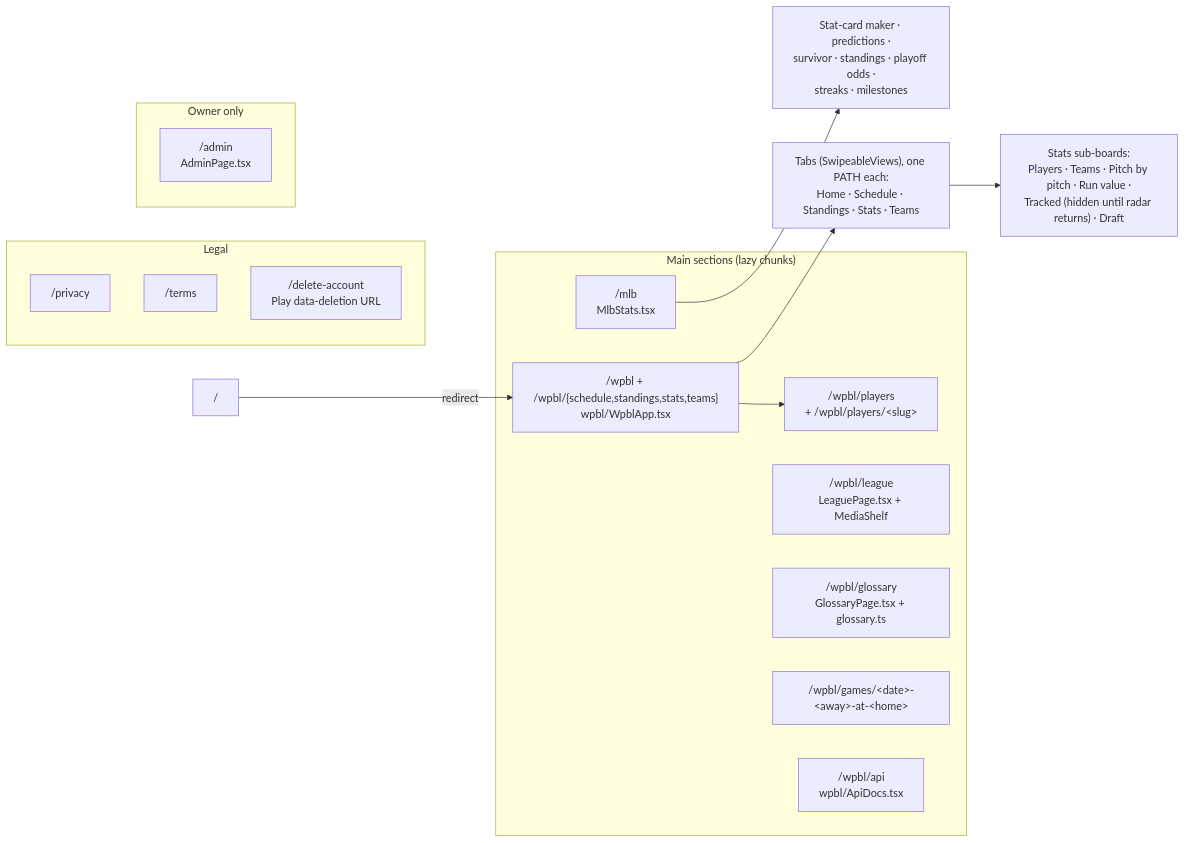
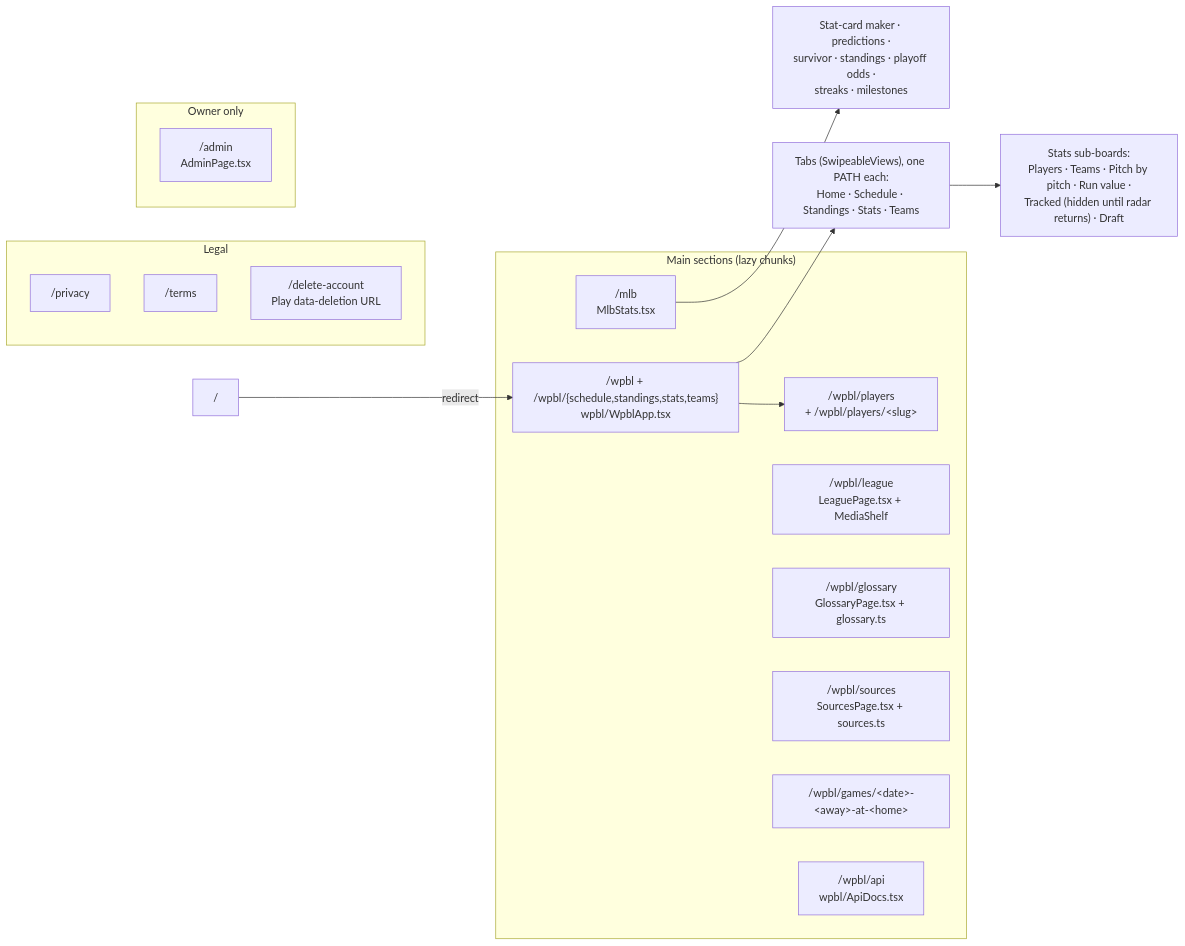
Before and after one commit to sportydolphin/fun: the second of 5 diagrams in ARCHITECTURE.md, drawn with Mermaid. The commit also changed other lines of this file and 28 other files, not shown here.

````diff
--- a/ARCHITECTURE.md
+++ b/ARCHITECTURE.md
@@ -98,28 +98,29 @@
 ```mermaid
 flowchart LR
     subgraph Main["Main sections (lazy chunks)"]
         mlb["/mlb<br/>MlbStats.tsx"]
         wpbl["/wpbl + /wpbl/{schedule,standings,stats,teams}<br/>wpbl/WpblApp.tsx"]
         wplayers["/wpbl/players<br/>+ /wpbl/players/&lt;slug&gt;"]
         wleague["/wpbl/league<br/>LeaguePage.tsx + MediaShelf"]
         wgloss["/wpbl/glossary<br/>GlossaryPage.tsx + glossary.ts"]
+        wsrc["/wpbl/sources<br/>SourcesPage.tsx + sources.ts"]
         wgames["/wpbl/games/&lt;date&gt;-&lt;away&gt;-at-&lt;home&gt;"]
         api["/wpbl/api<br/>wpbl/ApiDocs.tsx"]
     end
 
     subgraph Legal["Legal"]
         priv["/privacy"]
         terms["/terms"]
         del["/delete-account<br/>Play data-deletion URL"]
     end
 
     subgraph Owner["Owner only"]
         adm["/admin<br/>AdminPage.tsx"]
     end
 
     root["/"] -->|redirect| wpbl
     wpbl --> wtabs["Tabs (SwipeableViews), one PATH each:<br/>Home · Schedule · Standings · Stats · Teams"]
     wtabs --> wstats["Stats sub-boards:<br/>Players · Teams · Pitch by pitch · Run value ·<br/>Tracked (hidden until radar returns) · Draft"]
     wpbl --> wplayers
     mlb --> mtabs["Stat-card maker · predictions ·<br/>survivor · standings · playoff odds ·<br/>streaks · milestones"]
 ```
````
